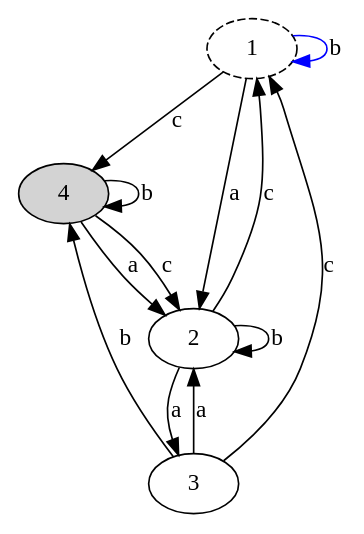
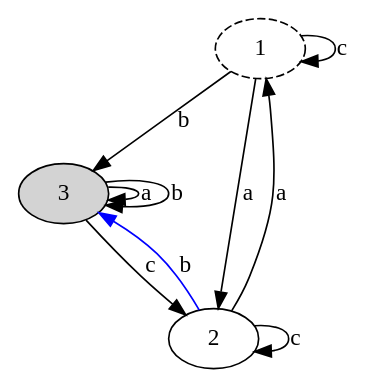
One commit to Kaiomaru/fs-machine changed the diagram in graph.dot. Above: the diagram before and after it, drawn with Graphviz. The commit also changed 4 other files, not shown here.

```diff
--- a/graph.dot
+++ b/graph.dot
@@ -1,41 +1,37 @@
 digraph "" {
 	1	 [style=dashed];
 	1 -> 1 [key=0,
-	color=blue,
-	label=b,
-	weight=b];
-4 [style=filled];
-1 -> 4 [key=0,
-label=c,
-weight=c];
+	color=black,
+	label=c,
+	weight=c];
+3 [style=filled];
+1 -> 3 [key=0,
+color=black,
+label=b,
+weight=b];
 1 -> 2 [key=0,
 label=a,
 weight=a];
-4 -> 4 [key=0,
+3 -> 3 [key=0,
+color=black,
+label=a,
+weight=a];
+3 -> 3 [key=1,
 label=b,
 weight=b];
-4 -> 2 [key=0,
-label=a,
-weight=a];
-4 -> 2 [key=1,
+3 -> 2 [key=0,
+color=black,
 label=c,
 weight=c];
 2 -> 1 [key=0,
+color=black,
+label=a,
+weight=a];
+2 -> 3 [key=0,
+color=blue,
+label=b,
+weight=b];
+2 -> 2 [key=0,
 label=c,
 weight=c];
-2 -> 2 [key=0,
-label=b,
-weight=b];
-2 -> 3 [key=0,
-label=a,
-weight=a];
-3 -> 1 [key=0,
-label=c,
-weight=c];
-3 -> 4 [key=0,
-label=b,
-weight=b];
-3 -> 2 [key=0,
-label=a,
-weight=a];
 }
```
